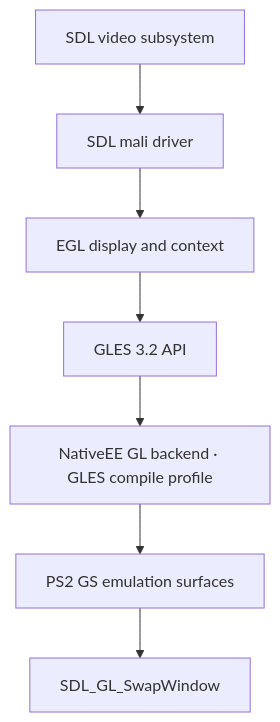
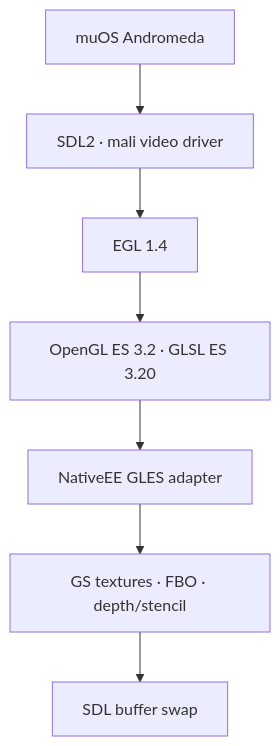
The first of 2 diagrams in docs/h700/graphics-port.md (SilverCrow2323/Twinsanity-Rintromped-H700-Edition), drawn with Mermaid before and after one commit. The commit also changed other lines of this file, not shown here.

Commit message:
docs(h700): refine graphics guide and release roadmap

```diff
--- a/docs/h700/graphics-port.md
+++ b/docs/h700/graphics-port.md
@@ -11,9 +12,9 @@
 ~~~mermaid
 flowchart TD
-    A["SDL video subsystem"] --> B["SDL mali driver"]
-    B --> C["EGL display and context"]
-    C --> D["GLES 3.2 API"]
-    D --> E["NativeEE GL backend · GLES compile profile"]
-    E --> F["PS2 GS emulation surfaces"]
-    F --> G["SDL_GL_SwapWindow"]
+    A["muOS Andromeda"] --> B["SDL2 · mali video driver"]
+    B --> C["EGL 1.4"]
+    C --> D["OpenGL ES 3.2 · GLSL ES 3.20"]
+    D --> E["NativeEE GLES adapter"]
+    E --> F["GS textures · FBO · depth/stencil"]
+    F --> G["SDL buffer swap"]
 ~~~
```
